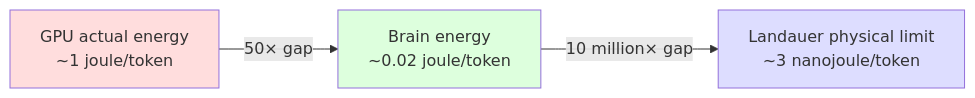
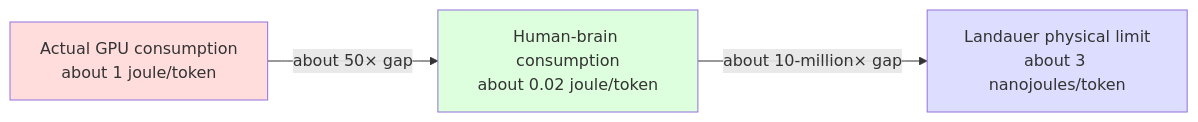
The first of 3 diagrams in 30minutes_report_en.md (gwailee/uid), drawn with Mermaid before and after one commit. The commit also changed other lines of this file, not shown here.

````diff
--- a/30minutes_report_en.md
+++ b/30minutes_report_en.md
@@ -124,9 +141,9 @@
 ```mermaid
 flowchart LR
-    A["GPU actual energy<br/>~1 joule/token"] -->|"50× gap"| B["Brain energy<br/>~0.02 joule/token"]
-    B -->|"10 million× gap"| C["Landauer physical limit<br/>~3 nanojoule/token"]
+    A["Actual GPU consumption<br/>about 1 joule/token"] -->|"about 50× gap"| B["Human-brain consumption<br/>about 0.02 joule/token"]
+    B -->|"about 10-million× gap"| C["Landauer physical limit<br/>about 3 nanojoules/token"]
 
     style A fill:#fdd
     style B fill:#dfd
     style C fill:#ddf
 ```
````
